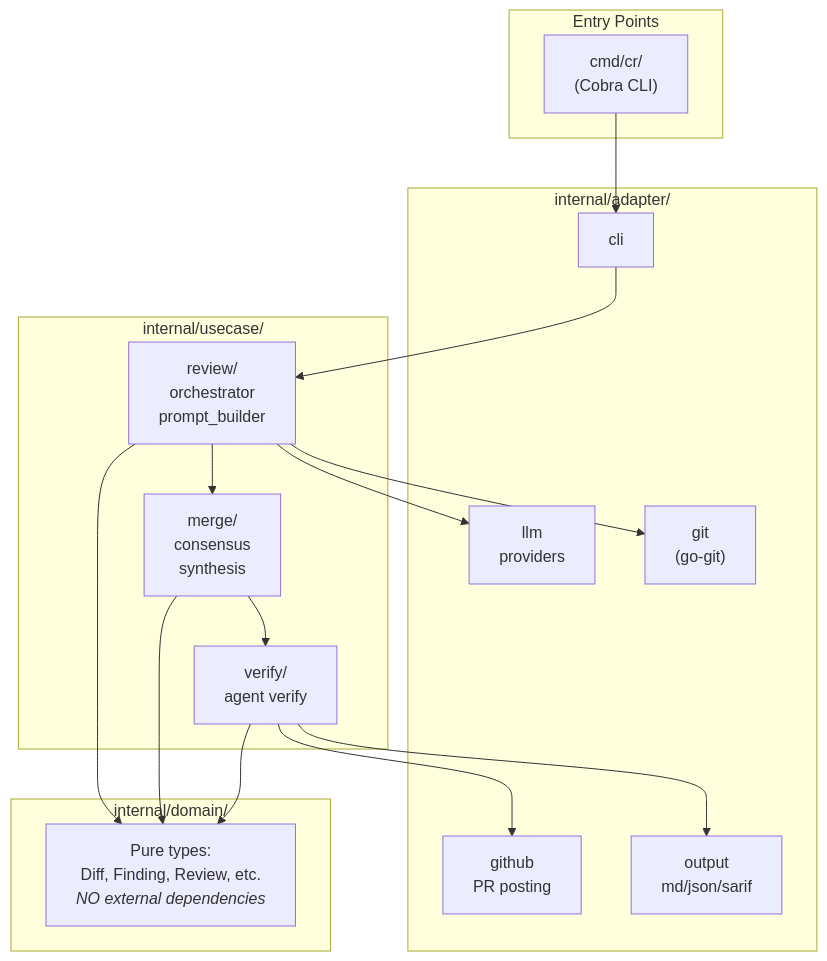
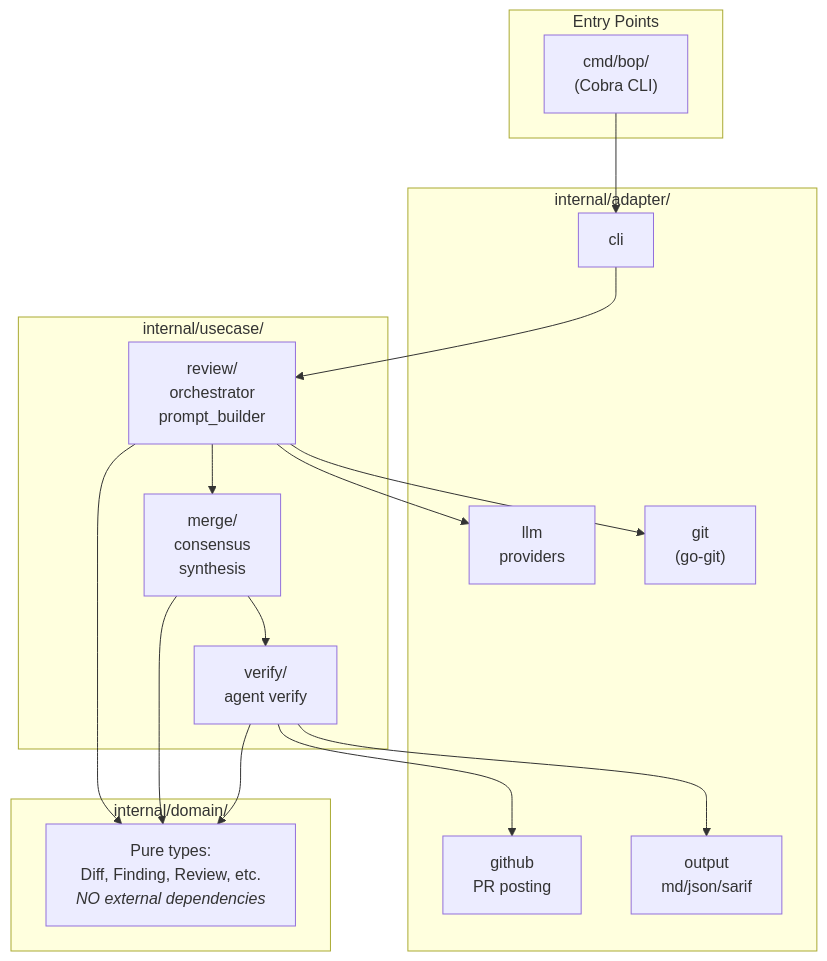
The first of 6 diagrams in docs/design/02-ARCHITECTURE.md (delightfulhammers/bop), drawn with Mermaid before and after one commit. The commit also changed other lines of this file and 227 other files, not shown here.

````diff
--- a/docs/design/02-ARCHITECTURE.md
+++ b/docs/design/02-ARCHITECTURE.md
@@ -26,36 +26,36 @@
 ```mermaid
 graph TB
     subgraph Entry["Entry Points"]
-        CLI["cmd/cr/<br/>(Cobra CLI)"]
+        CLI["cmd/bop/<br/>(Cobra CLI)"]
     end
 
     subgraph Adapters["internal/adapter/"]
         CLI_Adapter["cli"]
         Git["git<br/>(go-git)"]
         LLM["llm<br/>providers"]
         Output["output<br/>md/json/sarif"]
         GitHub["github<br/>PR posting"]
     end
 
     subgraph UseCases["internal/usecase/"]
         Review["review/<br/>orchestrator<br/>prompt_builder"]
         Merge["merge/<br/>consensus<br/>synthesis"]
         Verify["verify/<br/>agent verify"]
     end
 
     subgraph Domain["internal/domain/"]
         Types["Pure types:<br/>Diff, Finding, Review, etc.<br/><i>NO external dependencies</i>"]
     end
 
     CLI --> CLI_Adapter
     CLI_Adapter --> Review
     Review --> Git
     Review --> LLM
     Review --> Merge
     Merge --> Verify
     Verify --> Output
     Verify --> GitHub
     Review --> Types
     Merge --> Types
     Verify --> Types
 ```
````
